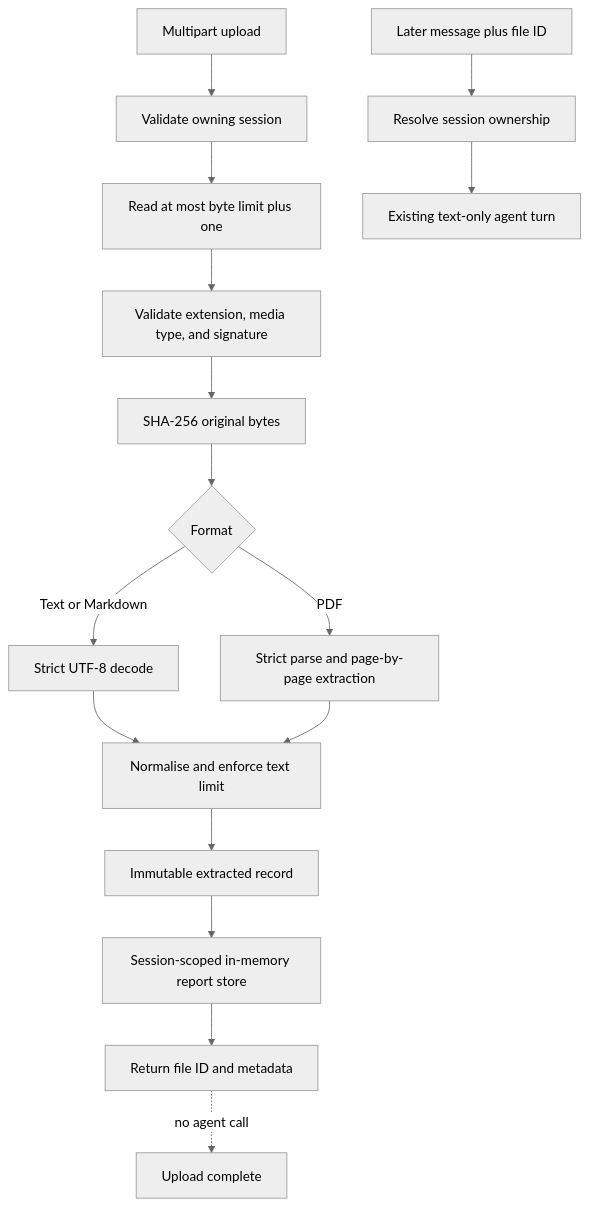
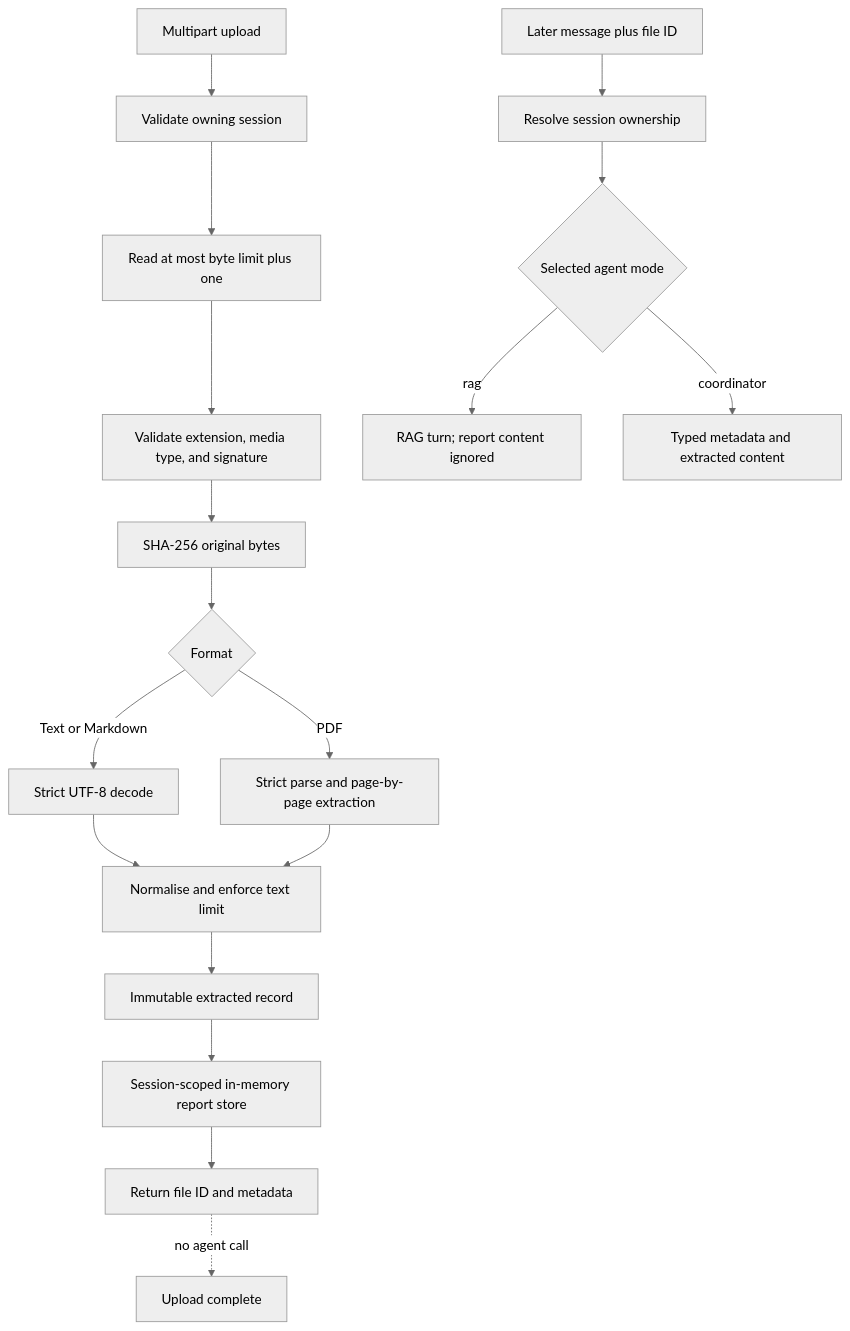
One commit to govtech-responsibleai/agentic-eval-toyapp changed the seventh of 15 diagrams in architecture.md. Above: the diagram before and after it, drawn with Mermaid (neutral theme). The commit also changed other lines of this file and 20 other files, not shown here.

````diff
--- a/architecture.md
+++ b/architecture.md
@@ -357,19 +383,21 @@
 ```mermaid
 flowchart TD
     Upload[Multipart upload] --> Session[Validate owning session]
     Session --> Bytes[Read at most byte limit plus one]
     Bytes --> Type[Validate extension, media type, and signature]
     Type --> Hash[SHA-256 original bytes]
     Hash --> Extract{Format}
     Extract -->|Text or Markdown| UTF8[Strict UTF-8 decode]
     Extract -->|PDF| Pages[Strict parse and page-by-page extraction]
     UTF8 --> Bounds[Normalise and enforce text limit]
     Pages --> Bounds
     Bounds --> Record[Immutable extracted record]
     Record --> Store[Session-scoped in-memory report store]
     Store --> Metadata[Return file ID and metadata]
     Metadata -. no agent call .-> End[Upload complete]
 
     Message[Later message plus file ID] --> Ownership[Resolve session ownership]
-    Ownership --> Agent[Existing text-only agent turn]
+    Ownership --> Mode{Selected agent mode}
+    Mode -->|rag| RAG[RAG turn; report content ignored]
+    Mode -->|coordinator| Coordinator[Typed metadata and extracted content]
 ```
````
